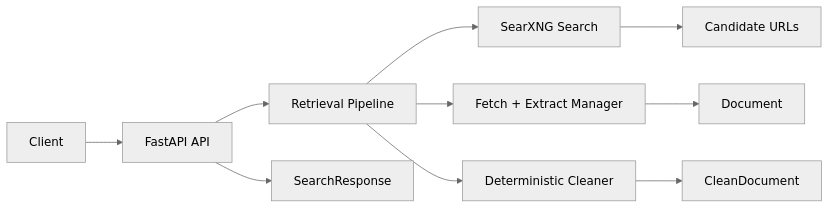
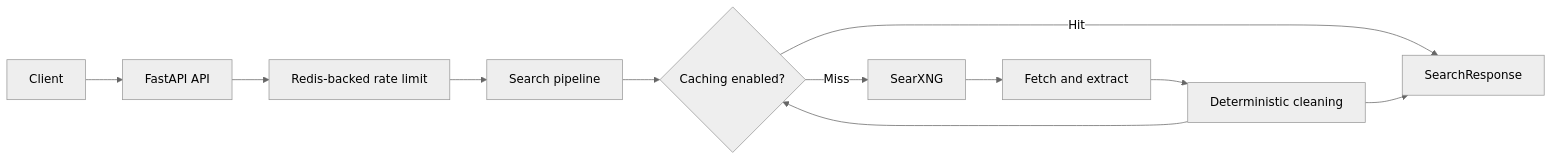
One commit to RHarish1/quarry changed the diagram in README.md. Above: the diagram before and after it, drawn with Mermaid (neutral theme). The commit also changed other lines of this file and 5 other files, not shown here.

Commit message:
docs: update documents to reflect latest flow

````diff
--- a/README.md
+++ b/README.md
@@ -11,12 +11,13 @@
 ```mermaid
 flowchart LR
   Client[Client] --> API[FastAPI API]
-  API --> Pipeline[Retrieval Pipeline]
-   Pipeline --> Search[SearXNG Search]
-  Pipeline --> Crawler[Fetch + Extract Manager]
-   Pipeline --> Cleaner[Deterministic Cleaner]
-   Search --> URLs[Candidate URLs]
-   Crawler --> Document[Document]
-   Cleaner --> CleanDocument[CleanDocument]
-   API --> Response[SearchResponse]
+  API --> Limit[Redis-backed rate limit]
+  Limit --> Pipeline[Search pipeline]
+  Pipeline --> Cache{Caching enabled?}
+  Cache -->|Hit| Response[SearchResponse]
+  Cache -->|Miss| Search[SearXNG]
+  Search --> Crawl[Fetch and extract]
+  Crawl --> Clean[Deterministic cleaning]
+  Clean --> Cache
+  Clean --> Response
 ```
````
